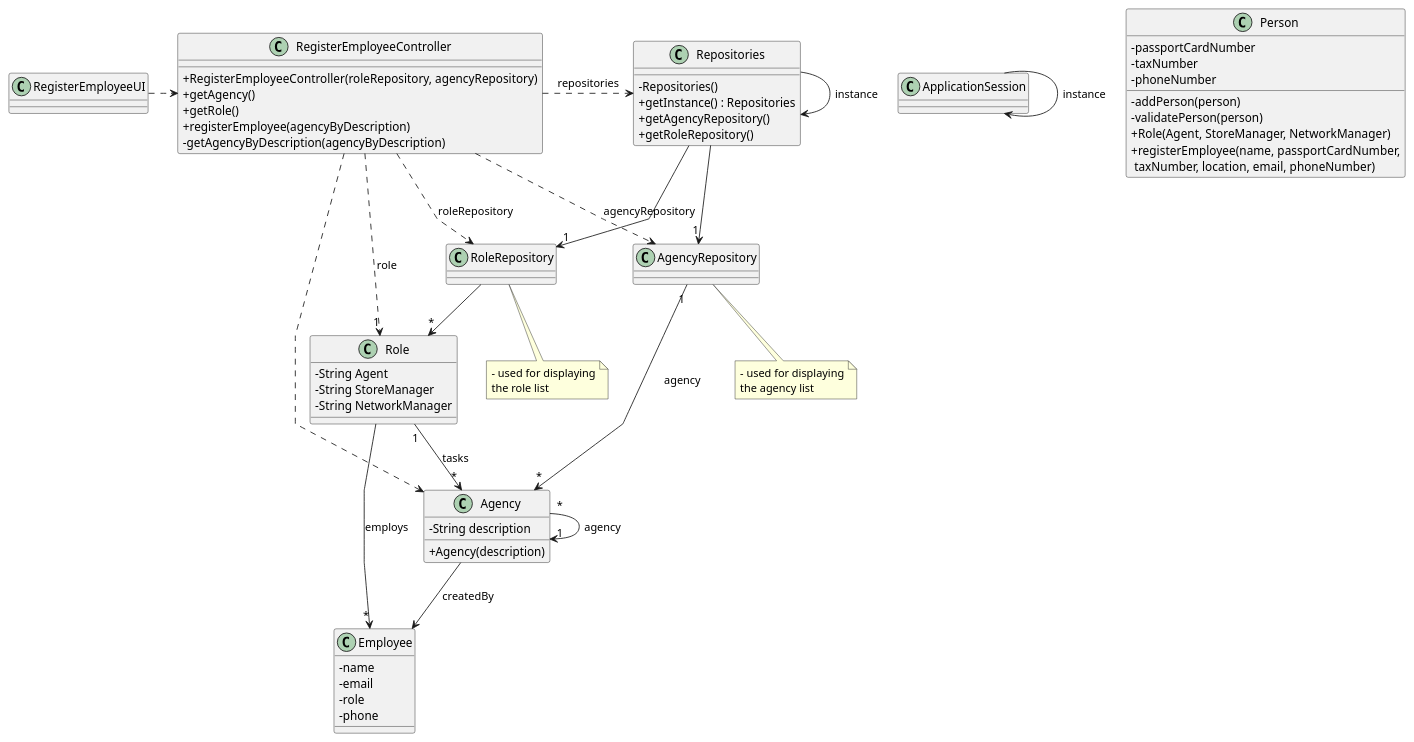
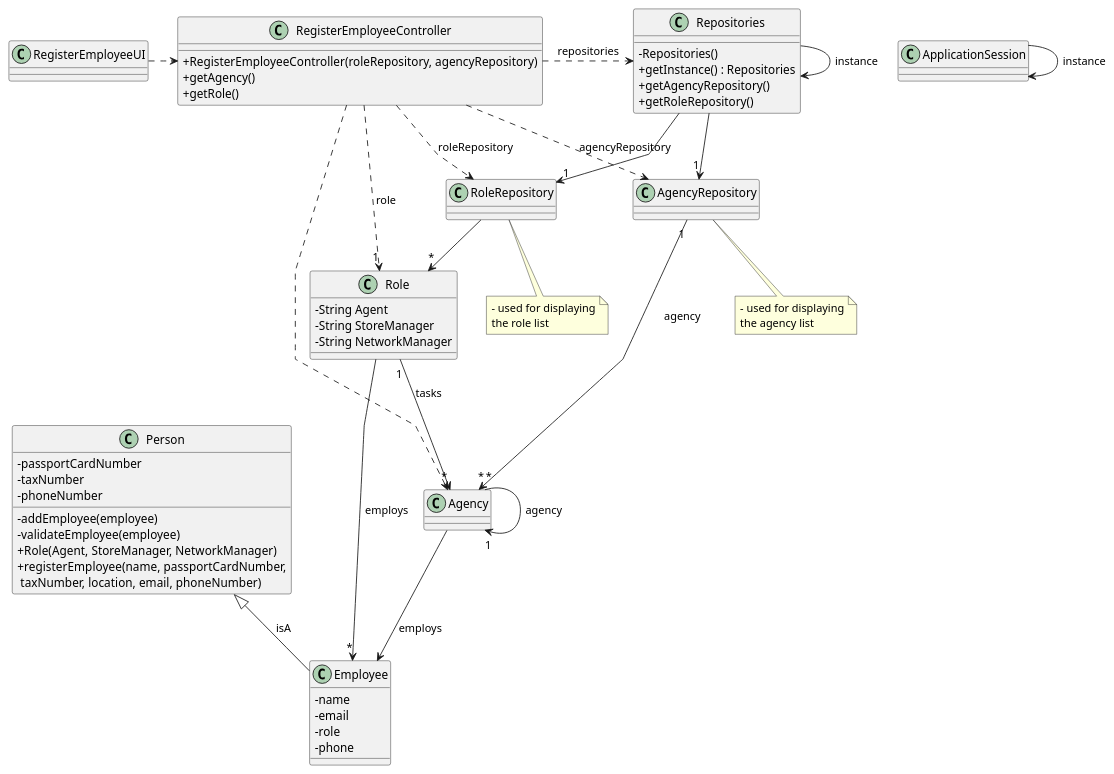
One commit to rita-barbosa/LAPR2-2223 changed the diagram in docs/sprintB/us003/03.design/puml/us003-class-diagram.puml. Above: the diagram before and after it, drawn with PlantUML. The commit also changed 1 other file, not shown here.

Commit message:
Update Class Diagramas [US03][Design]

```diff
--- a/docs/sprintB/us003/03.design/puml/us003-class-diagram.puml
+++ b/docs/sprintB/us003/03.design/puml/us003-class-diagram.puml
@@ -1,109 +1,106 @@
 @startuml
 'skinparam monochrome true
 skinparam packageStyle rectangle
 skinparam shadowing false
 skinparam linetype polyline
 'skinparam linetype orto
 
 skinparam classAttributeIconSize 0
 
 'left to right direction
 
 
 class Employee {
     - name
     - email
     - role
     - phone
 }
 
 class Person {
  - passportCardNumber
  - taxNumber
  - phoneNumber
 
-  - addPerson(person)
-     - validatePerson(person)
+  - addEmployee(employee)
+     - validateEmployee(employee)
      + Role(Agent, StoreManager, NetworkManager)
      + registerEmployee(name, passportCardNumber,\n taxNumber, location, email, phoneNumber)
 
  '  +saveTask(task)
 }
 
 
 class Agency {
-    - String description
 
-    + Agency(description)
 }
 
 class Role {
     - String Agent
     - String StoreManager
     - String NetworkManager
 }
 
 class AgencyRepository {
 }
 
 class RoleRepository{
 }
 
 
 class Repositories {
     - Repositories()
     + getInstance() : Repositories
     + getAgencyRepository()
     + getRoleRepository()
 }
 
 class RegisterEmployeeController {
     + RegisterEmployeeController(roleRepository, agencyRepository)
     + getAgency()
     + getRole()
-    + registerEmployee(agencyByDescription)
-    - getAgencyByDescription(agencyByDescription)
-
 }
 
 
 
 note bottom of AgencyRepository
     - used for displaying
     the agency list
 end note
 
 note bottom of RoleRepository
  - used for displaying
  the role list
 end note
 
 class RegisterEmployeeUI {
 }
 
 Repositories -> Repositories : instance
 ApplicationSession -> ApplicationSession : instance
 
 RegisterEmployeeUI .> RegisterEmployeeController
 
 RegisterEmployeeController .> Repositories : repositories
 
 Repositories -> "1" AgencyRepository
 
 RegisterEmployeeController ..> Agency
 RegisterEmployeeController ..> RoleRepository : roleRepository
 RegisterEmployeeController ..> AgencyRepository : agencyRepository
 
 Repositories --> "1" RoleRepository
 
 RoleRepository --> "*" Role
 
 RegisterEmployeeController ..> "1" Role : role
 Agency "*" --> "1" Agency : agency
 AgencyRepository "1" --> "*" Agency : agency
 Role "1" --> "*" Agency : tasks
-Agency --> Employee : createdBy
+Agency --> Employee : employs
 
 Role --> "*" Employee : employs
 
+Person  <|-- Employee : isA
+
 @enduml
```
